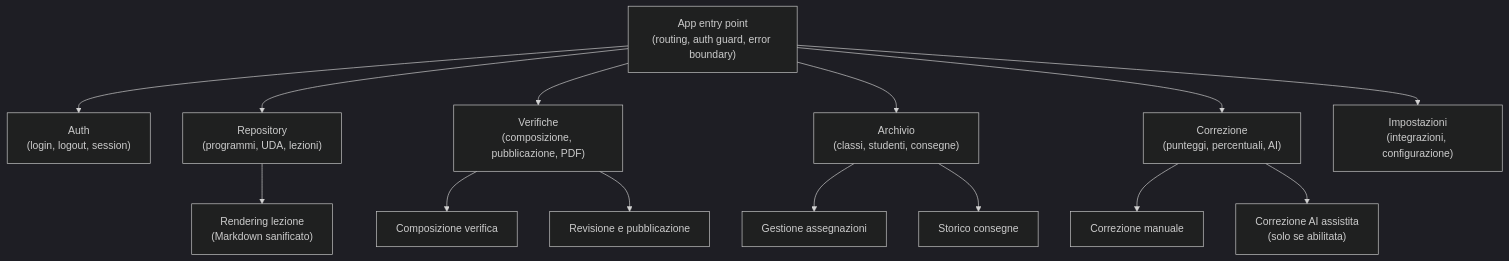
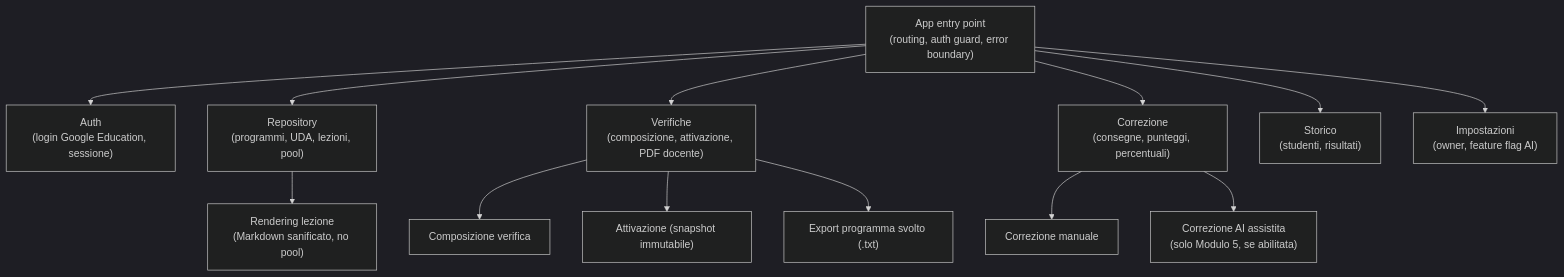
One commit to EnricoPaparo/SchoolForge changed the first of 8 diagrams in documentazione/diagrammi/component-frontend.md. Above: the diagram before and after it, drawn with Mermaid (dark theme). The commit also changed other lines of this file and 7 other files, not shown here.

First line of the commit message:
docs: allinea i 5 diagrammi alla v2.0 e completa il README

````diff
--- a/documentazione/diagrammi/component-frontend.md
+++ b/documentazione/diagrammi/component-frontend.md
@@ -11,19 +18,18 @@
 ```mermaid
 flowchart TD
     Entry["App entry point\n(routing, auth guard, error boundary)"]
 
-    Entry --> Auth["Auth\n(login, logout, session)"]
-    Entry --> Repo["Repository\n(programmi, UDA, lezioni)"]
-    Entry --> Exam["Verifiche\n(composizione, pubblicazione, PDF)"]
-    Entry --> Archive["Archivio\n(classi, studenti, consegne)"]
-    Entry --> Correction["Correzione\n(punteggi, percentuali, AI)"]
-    Entry --> Settings["Impostazioni\n(integrazioni, configurazione)"]
+    Entry --> Auth["Auth\n(login Google Education, sessione)"]
+    Entry --> Repo["Repository\n(programmi, UDA, lezioni, pool)"]
+    Entry --> Exam["Verifiche\n(composizione, attivazione, PDF docente)"]
+    Entry --> Correction["Correzione\n(consegne, punteggi, percentuali)"]
+    Entry --> History["Storico\n(studenti, risultati)"]
+    Entry --> Settings["Impostazioni\n(owner, feature flag AI)"]
 
-    Repo --> LessonView["Rendering lezione\n(Markdown sanificato)"]
+    Repo --> LessonView["Rendering lezione\n(Markdown sanificato, no pool)"]
     Exam --> ExamCompose["Composizione verifica"]
-    Exam --> ExamPublish["Revisione e pubblicazione"]
-    Archive --> AssignmentMgmt["Gestione assegnazioni"]
-    Archive --> SubmissionList["Storico consegne"]
+    Exam --> ExamActivate["Attivazione (snapshot immutabile)"]
+    Exam --> ProgrammaSvolto["Export programma svolto (.txt)"]
     Correction --> ManualCorrection["Correzione manuale"]
-    Correction --> AiCorrection["Correzione AI assistita\n(solo se abilitata)"]
+    Correction --> AiCorrection["Correzione AI assistita\n(solo Modulo 5, se abilitata)"]
 ```
````
